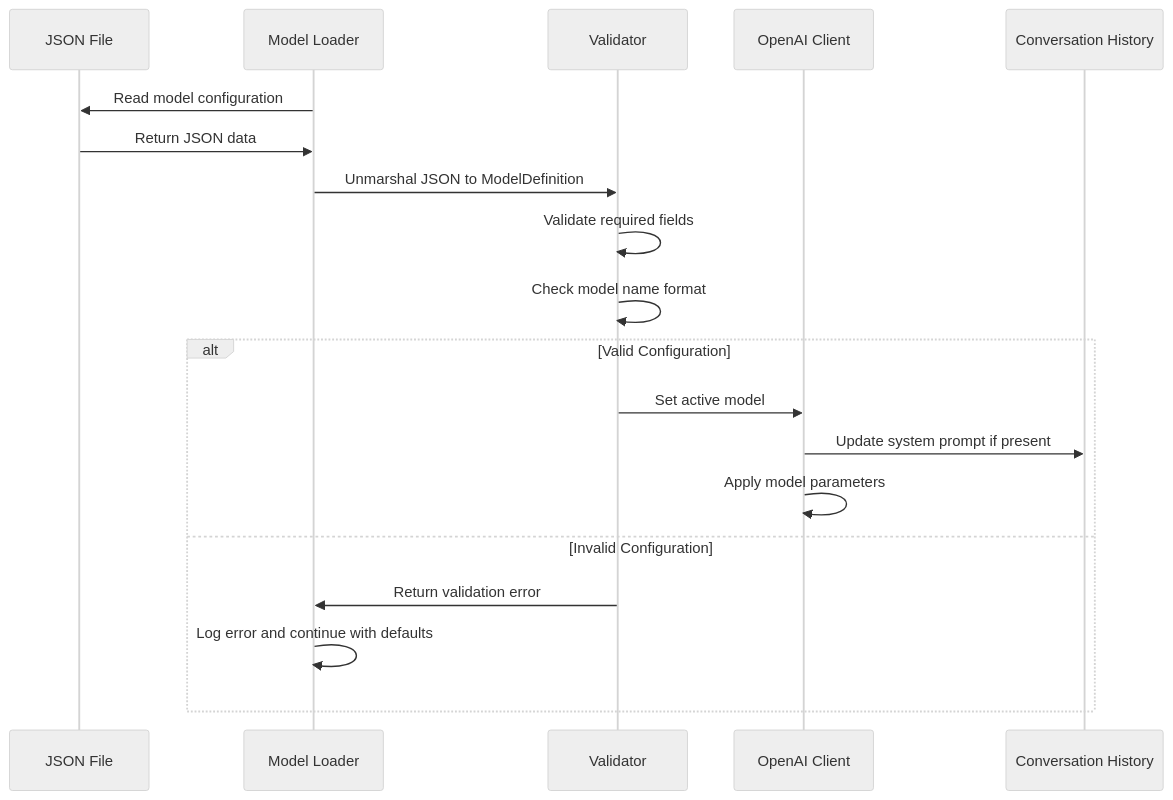
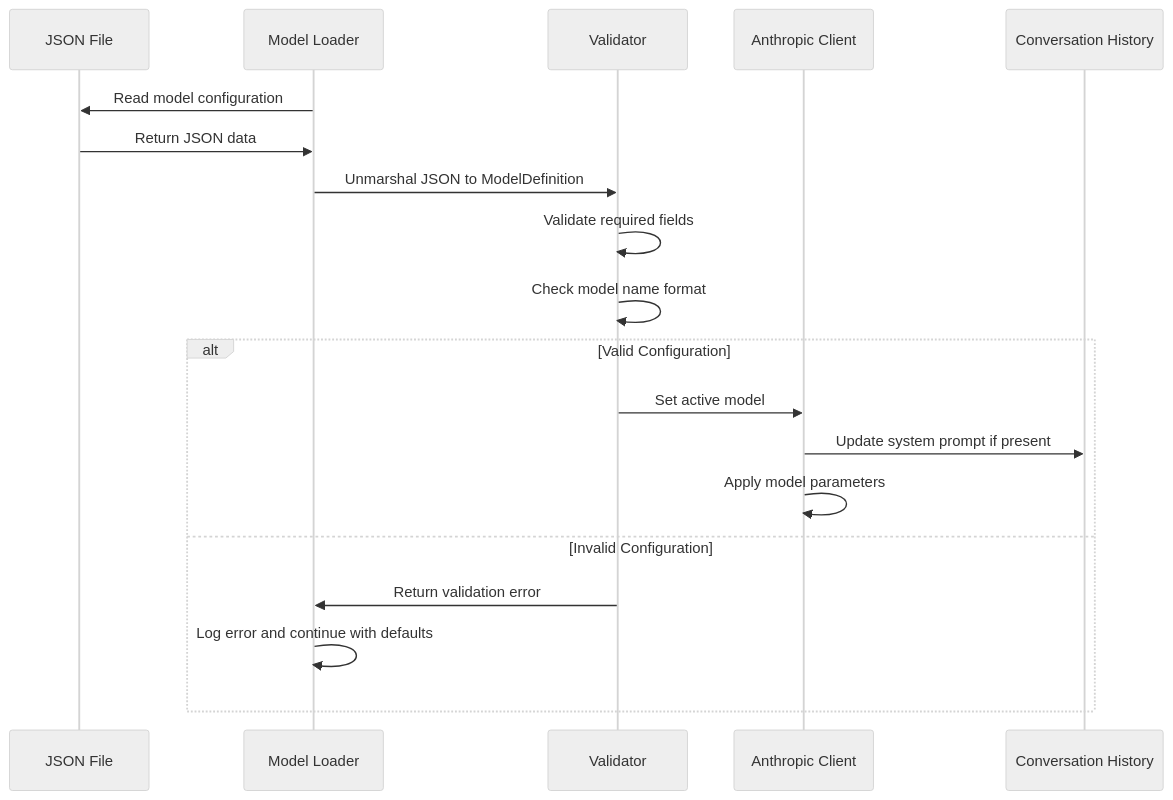
The ninth of 18 diagrams in client/README.md (gherlein/client-w-mcp), drawn with Mermaid (neutral theme) before and after one commit. The commit also changed other lines of this file and 2 other files, not shown here.

````diff
--- a/client/README.md
+++ b/client/README.md
@@ -409,24 +411,24 @@
 ```mermaid
 sequenceDiagram
     participant File as JSON File
     participant Loader as Model Loader
     participant Validator as Validator
-    participant Client as OpenAI Client
+    participant Client as Anthropic Client
     participant History as Conversation History
 
     Loader->>File: Read model configuration
     File->>Loader: Return JSON data
     Loader->>Validator: Unmarshal JSON to ModelDefinition
     
     Validator->>Validator: Validate required fields
     Validator->>Validator: Check model name format
     
     alt Valid Configuration
         Validator->>Client: Set active model
         Client->>History: Update system prompt if present
         Client->>Client: Apply model parameters
     else Invalid Configuration
         Validator->>Loader: Return validation error
         Loader->>Loader: Log error and continue with defaults
     end
 ```
````
